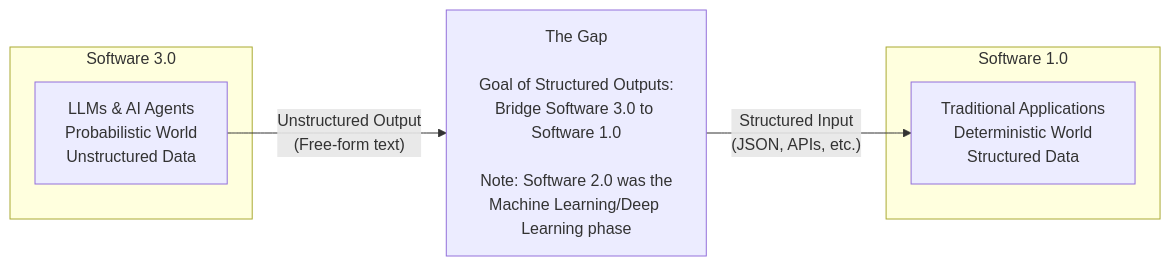
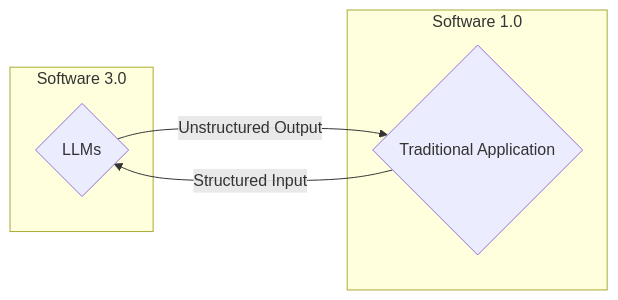
Before and after one commit to towardsai/agentic-ai-engineering-course: the first of 2 diagrams in lessons/04_structured_outputs/article.md, drawn with Mermaid.

Commit message:
feat: Tweak L4

````diff
--- a/lessons/04_structured_outputs/article.md
+++ b/lessons/04_structured_outputs/article.md
@@ -5,15 +5,13 @@
 ```mermaid
 flowchart LR
     subgraph "Software 3.0"
-        A["LLMs & AI Agents<br/>Probabilistic World<br/>Unstructured Data"]
+        A{"LLMs"}
     end
     
     subgraph "Software 1.0"
-        B["Traditional Applications<br/>Deterministic World<br/>Structured Data"]
+        B{"Traditional Application"}
     end
     
-    A -->|"Unstructured Output<br/>(Free-form text)"| C["The Gap"]
-    C -->|"Structured Input<br/>(JSON, APIs, etc.)"| B
-    
-    C["The Gap<br/><br/>Goal of Structured Outputs:<br/>Bridge Software 3.0 to Software 1.0<br/><br/>Note: Software 2.0 was the<br/>Machine Learning/Deep Learning phase"]
+    A -->|"Unstructured Output"| B
+    B -->|"Structured Input"| A
 ```
````
